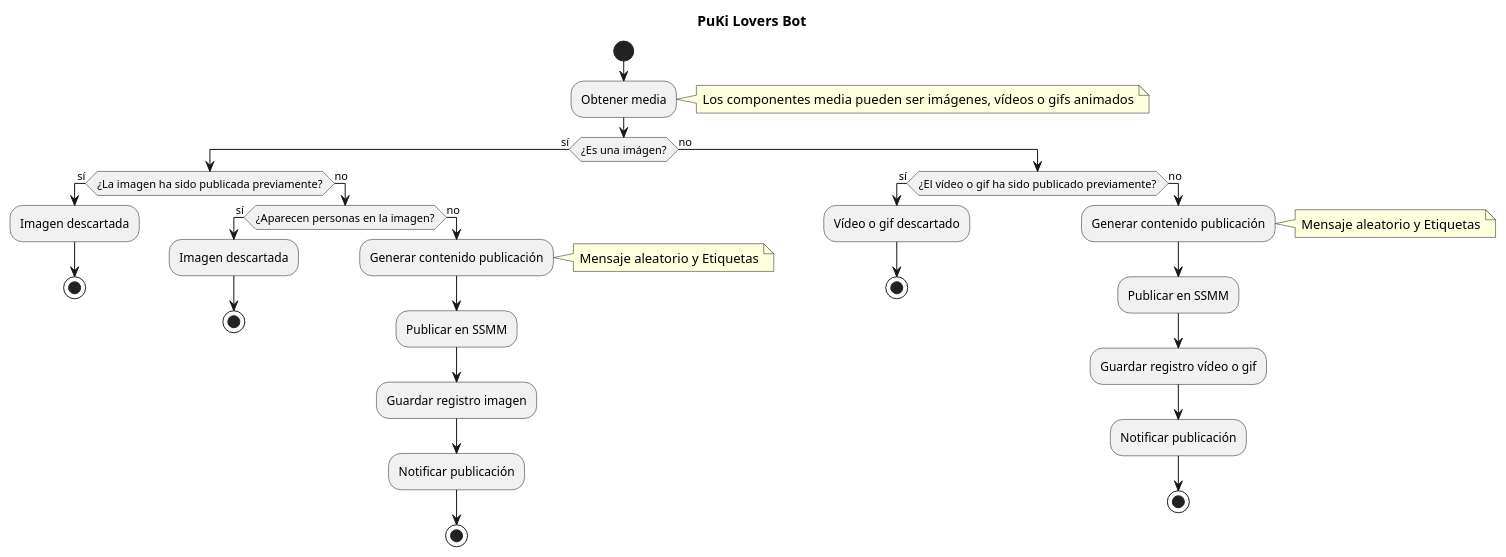
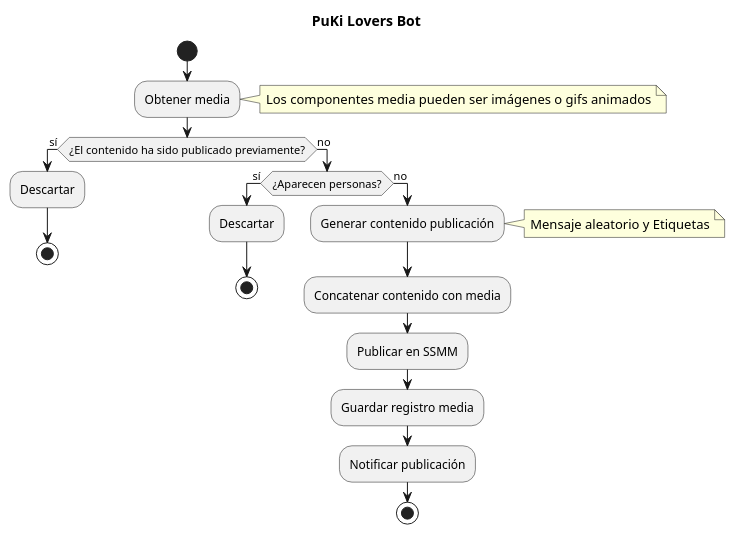
One commit to medinamarquezp/pukiloversbot changed the diagram in docs/diagrams/src/PuKiFlow.puml. Above: the diagram before and after it, drawn with PlantUML. The commit also changed 2 other files, not shown here.

```diff
--- a/docs/diagrams/src/PuKiFlow.puml
+++ b/docs/diagrams/src/PuKiFlow.puml
@@ -1,39 +1,26 @@
 start
 
 title PuKi Lovers Bot
 
 :Obtener media; 
-note right: Los componentes media pueden ser imágenes, vídeos o gifs animados
+note right: Los componentes media pueden ser imágenes o gifs animados
 
-if (¿Es una imágen?) then (sí)
-    if (¿La imagen ha sido publicada previamente?) then (sí)
-        :Imagen descartada;
-        stop
-    else (no)
-        if (¿Aparecen personas en la imagen?) then (sí)
-            :Imagen descartada;
-            stop
-        else (no)
-            :Generar contenido publicación;
-            note right: Mensaje aleatorio y Etiquetas
-            :Publicar en SSMM;
-            :Guardar registro imagen;
-            :Notificar publicación;
-            stop
-        endif
-    endif
+if (¿El contenido ha sido publicado previamente?) then (sí)
+    :Descartar;
+    stop
 else (no)
-    if (¿El vídeo o gif ha sido publicado previamente?) then (sí)
-        :Vídeo o gif descartado;
+    if (¿Aparecen personas?) then (sí)
+        :Descartar;
         stop
     else (no)
         :Generar contenido publicación;
         note right: Mensaje aleatorio y Etiquetas
+        :Concatenar contenido con media;
         :Publicar en SSMM;
-        :Guardar registro vídeo o gif;
+        :Guardar registro media;
         :Notificar publicación;
         stop
     endif
 endif
 
 @enduml
```
